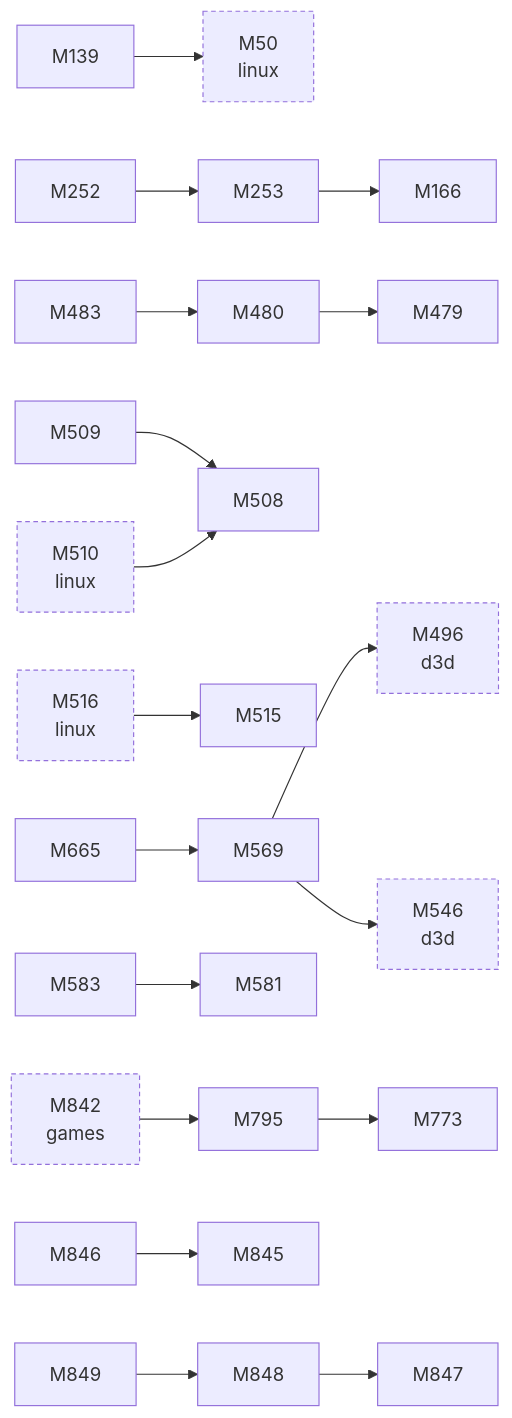
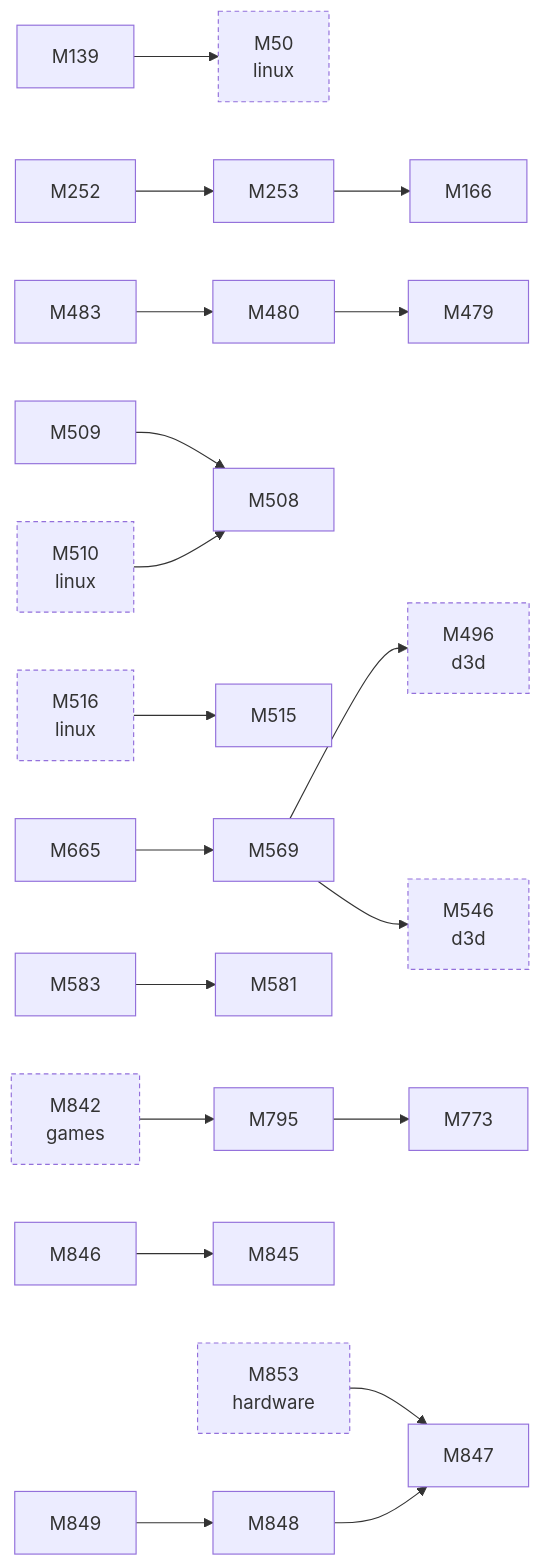
One commit to D-Ogi/amdgpu-wddm changed the second of 2 diagrams in docs/facts/graphs/icd.md. Above: the diagram before and after it, drawn with Mermaid. The commit also changed 25 other files, not shown here.

````diff
--- a/docs/facts/graphs/icd.md
+++ b/docs/facts/graphs/icd.md
@@ -29,49 +29,51 @@
 ```mermaid
 flowchart LR
   M50["M50<br/>linux"]
   M139["M139"]
   M166["M166"]
   M252["M252"]
   M253["M253"]
   M479["M479"]
   M480["M480"]
   M483["M483"]
   M496["M496<br/>d3d"]
   M508["M508"]
   M509["M509"]
   M510["M510<br/>linux"]
   M515["M515"]
   M516["M516<br/>linux"]
   M546["M546<br/>d3d"]
   M569["M569"]
   M581["M581"]
   M583["M583"]
   M665["M665"]
   M773["M773"]
   M795["M795"]
   M842["M842<br/>games"]
   M845["M845"]
   M846["M846"]
   M847["M847"]
   M848["M848"]
   M849["M849"]
+  M853["M853<br/>hardware"]
+  M853 --> M847
   M139 --> M50
   M252 --> M253
   M253 --> M166
   M480 --> M479
   M483 --> M480
   M509 --> M508
   M569 --> M496
   M569 --> M546
   M583 --> M581
   M665 --> M569
   M795 --> M773
   M846 --> M845
   M848 --> M847
   M849 --> M848
   M842 --> M795
   M510 --> M508
   M516 --> M515
   classDef other stroke-dasharray:4 3
-  class M50,M496,M510,M516,M546,M842 other
+  class M50,M496,M510,M516,M546,M842,M853 other
 ```
````
